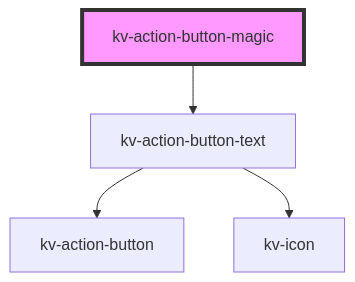
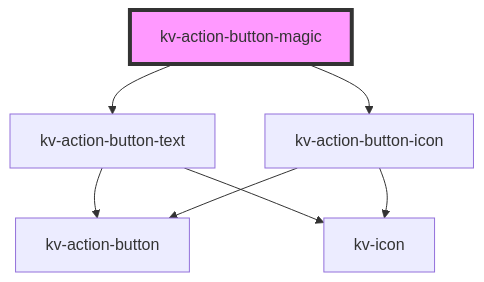
The diagram in packages/ui-components/src/components/action-button-magic/readme.md (kelvininc/ui-components), drawn with Mermaid before and after one commit. The commit also changed other lines of this file and 4 other files, not shown here.

Commit message:
feat(magic): add icon only button to `kv-action-button-magic`

````diff
--- a/packages/ui-components/src/components/action-button-magic/readme.md
+++ b/packages/ui-components/src/components/action-button-magic/readme.md
@@ -46,7 +47,10 @@
 ```mermaid
 graph TD;
   kv-action-button-magic --> kv-action-button-text
+  kv-action-button-magic --> kv-action-button-icon
   kv-action-button-text --> kv-action-button
   kv-action-button-text --> kv-icon
+  kv-action-button-icon --> kv-action-button
+  kv-action-button-icon --> kv-icon
   style kv-action-button-magic fill:#f9f,stroke:#333,stroke-width:4px
 ```
````
